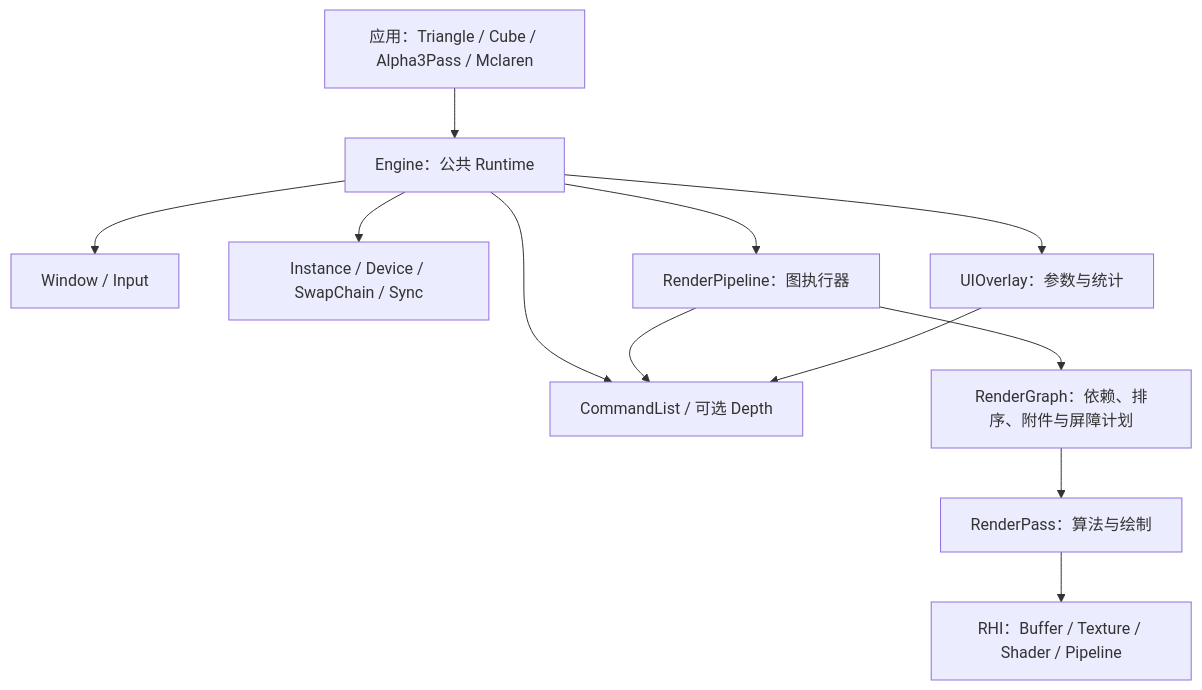
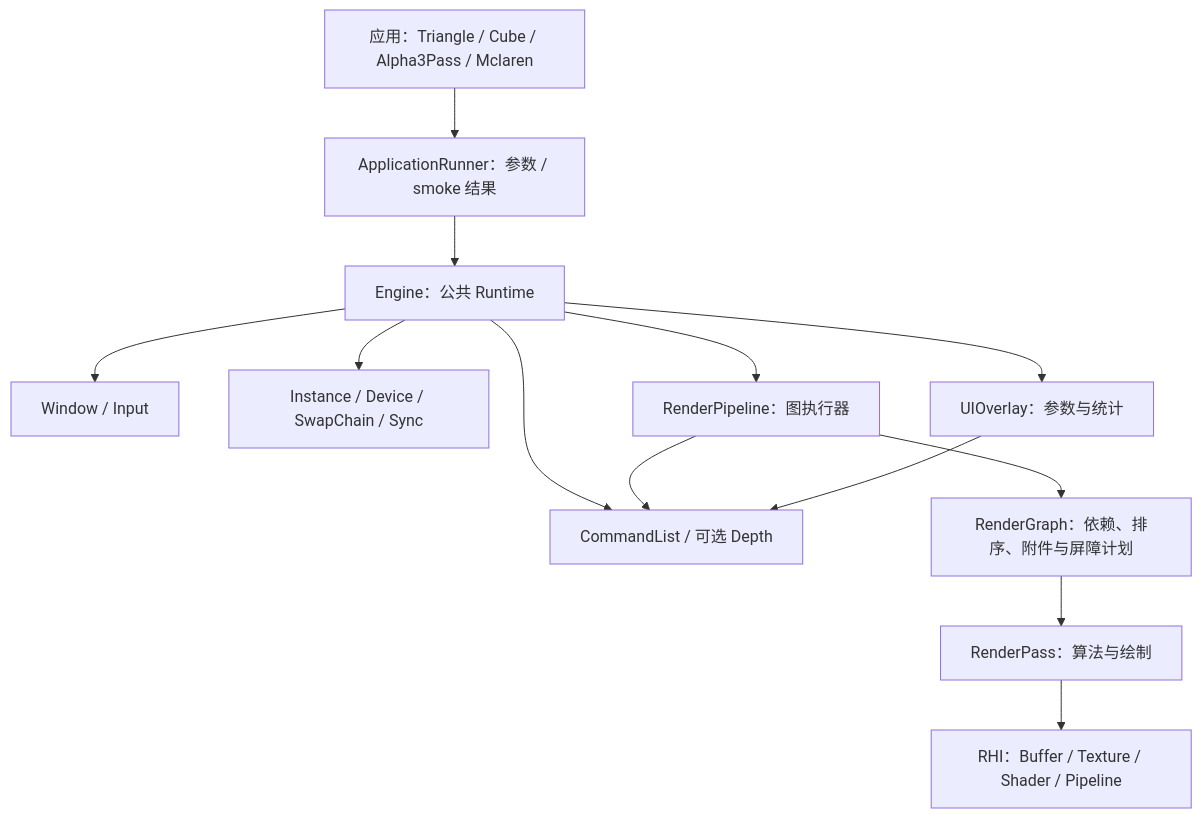
The first of 2 diagrams in docs/structure/current-architecture.md (Cyberyb/KuEngine), drawn with Mermaid before and after one commit. The commit also changed other lines of this file and 71 other files, not shown here.

````diff
--- a/docs/structure/current-architecture.md
+++ b/docs/structure/current-architecture.md
@@ -13,23 +13,24 @@
 ```mermaid
 flowchart TB
     App["应用：Triangle / Cube / Alpha3Pass / Mclaren"]
+    Runner["ApplicationRunner：参数 / smoke 结果"]
     Runtime["Engine：公共 Runtime"]
     Platform["Window / Input"]
     Device["Instance / Device / SwapChain / Sync"]
     Frames["CommandList / 可选 Depth"]
     Pipeline["RenderPipeline：图执行器"]
     Graph["RenderGraph：依赖、排序、附件与屏障计划"]
     Pass["RenderPass：算法与绘制"]
     UI["UIOverlay：参数与统计"]
-    App --> Runtime
+    App --> Runner --> Runtime
     Runtime --> Platform
     Runtime --> Device
     Runtime --> Frames
     Runtime --> Pipeline
     Pipeline --> Graph
     Graph --> Pass
     Runtime --> UI
     Pass --> RHI["RHI：Buffer / Texture / Shader / Pipeline"]
     Pipeline --> Frames
     UI --> Frames
 ```
````
